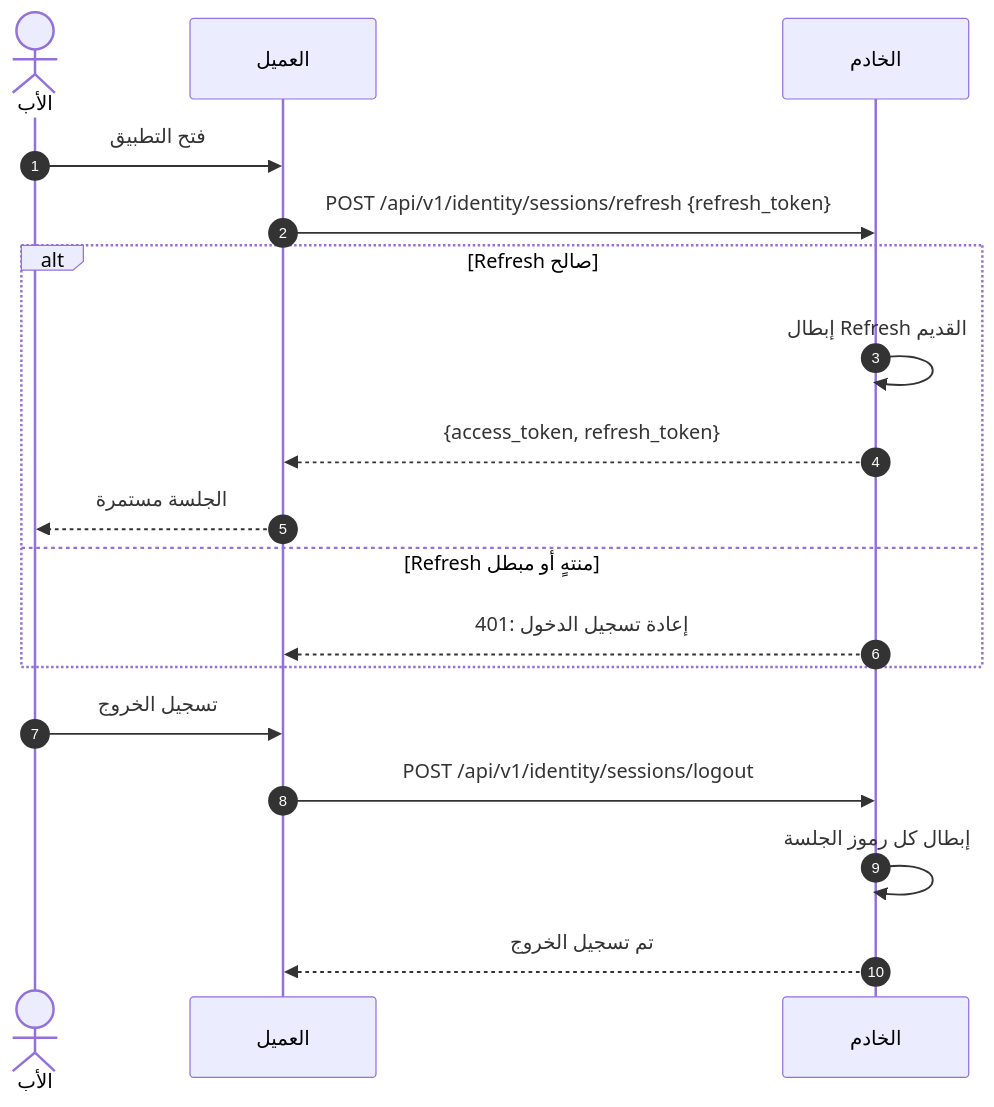
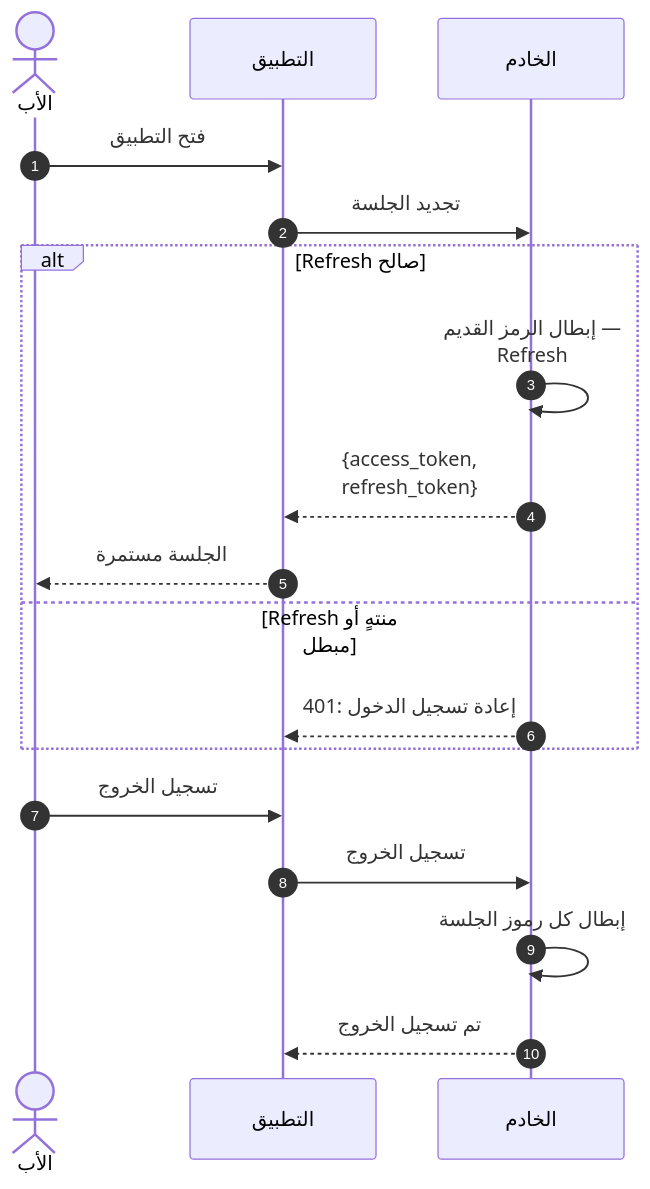
One commit to Bassam-mohammed-alqaeadi/family-os-v2 changed diagram 11 of 36 in docs/family-os/governance/phases/phase-1/S1-02-identity-and-onboarding/DIAGRAMS.md. Above: the diagram before and after it, drawn with Mermaid. The commit also changed other lines of this file, not shown here.

````diff
--- a/docs/family-os/governance/phases/phase-1/S1-02-identity-and-onboarding/DIAGRAMS.md
+++ b/docs/family-os/governance/phases/phase-1/S1-02-identity-and-onboarding/DIAGRAMS.md
@@ -510,20 +535,21 @@
 ```mermaid
+%%{init: {"sequence": {"wrap": true}}}%%
 sequenceDiagram
     autonumber
     actor Father as الأب
-    participant Client as العميل
+    participant App as التطبيق
     participant Ktor as الخادم
-    Father->>Client: فتح التطبيق
-    Client->>Ktor: POST /api/v1/identity/sessions/refresh {refresh_token}
+    Father->>App: فتح التطبيق
+    App->>Ktor: تجديد الجلسة
     alt Refresh صالح
-        Ktor->>Ktor: إبطال Refresh القديم
-        Ktor-->>Client: {access_token, refresh_token}
-        Client-->>Father: الجلسة مستمرة
+        Ktor->>Ktor: إبطال الرمز القديم — Refresh
+        Ktor-->>App: {access_token, refresh_token}
+        App-->>Father: الجلسة مستمرة
     else Refresh منتهٍ أو مبطل
-        Ktor-->>Client: 401: إعادة تسجيل الدخول
+        Ktor-->>App: 401: إعادة تسجيل الدخول
     end
-    Father->>Client: تسجيل الخروج
-    Client->>Ktor: POST /api/v1/identity/sessions/logout
+    Father->>App: تسجيل الخروج
+    App->>Ktor: تسجيل الخروج
     Ktor->>Ktor: إبطال كل رموز الجلسة
-    Ktor-->>Client: تم تسجيل الخروج
+    Ktor-->>App: تم تسجيل الخروج
 ```
````
